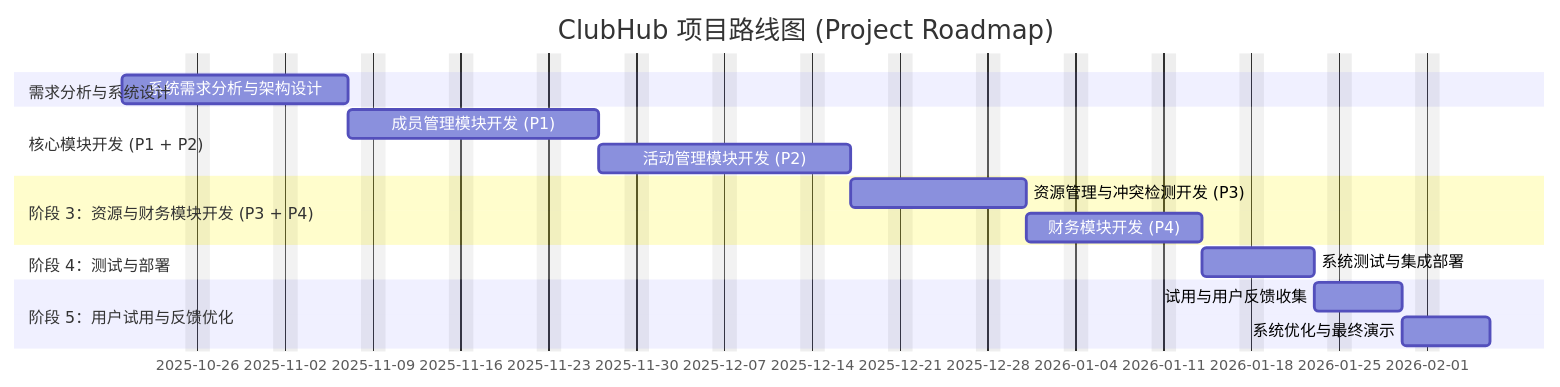
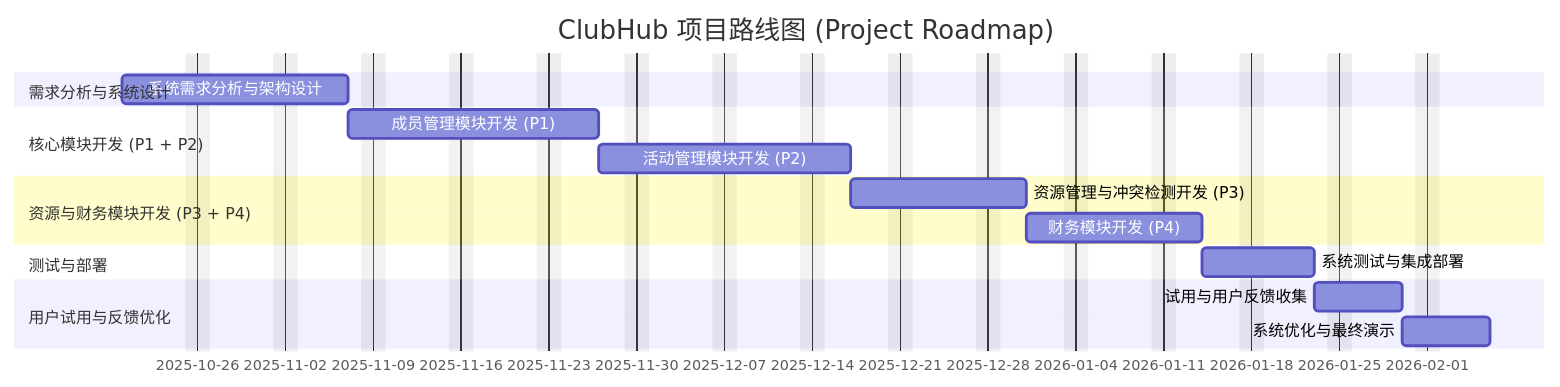
One commit to Herriany/iodraw-files changed the diagram in all/未命名.md. Above: the diagram before and after it, drawn with Mermaid.

Commit message:
2025-11-02 18:28:13 update

````diff
--- a/all/未命名.md
+++ b/all/未命名.md
@@ -1,26 +1,26 @@
 ```mermaid
 %%{init: {'themeVariables': { 'fontSize': '10px' }}}%%
 gantt
     title ClubHub 项目路线图 (Project Roadmap)
     dateFormat  YYYY-MM-DD
     excludes weekends
 
     section 需求分析与系统设计
     系统需求分析与架构设计       :a1, 2025-10-20, 14d
 
     section 核心模块开发 (P1 + P2)
     成员管理模块开发 (P1)        :a2, after a1, 14d
     活动管理模块开发 (P2)        :a3, after a2, 14d
 
-    section 阶段 3：资源与财务模块开发 (P3 + P4)
+    section 资源与财务模块开发 (P3 + P4)
     资源管理与冲突检测开发 (P3)  :a4, after a3, 10d
     财务模块开发 (P4)            :a5, after a4, 10d
 
-    section 阶段 4：测试与部署
+    section 测试与部署
     系统测试与集成部署           :a6, after a5, 7d
 
-    section 阶段 5：用户试用与反馈优化
+    section 用户试用与反馈优化
     试用与用户反馈收集           :a7, after a6, 5d
     系统优化与最终演示           :a8, after a7, 5d
 
 ```
````
